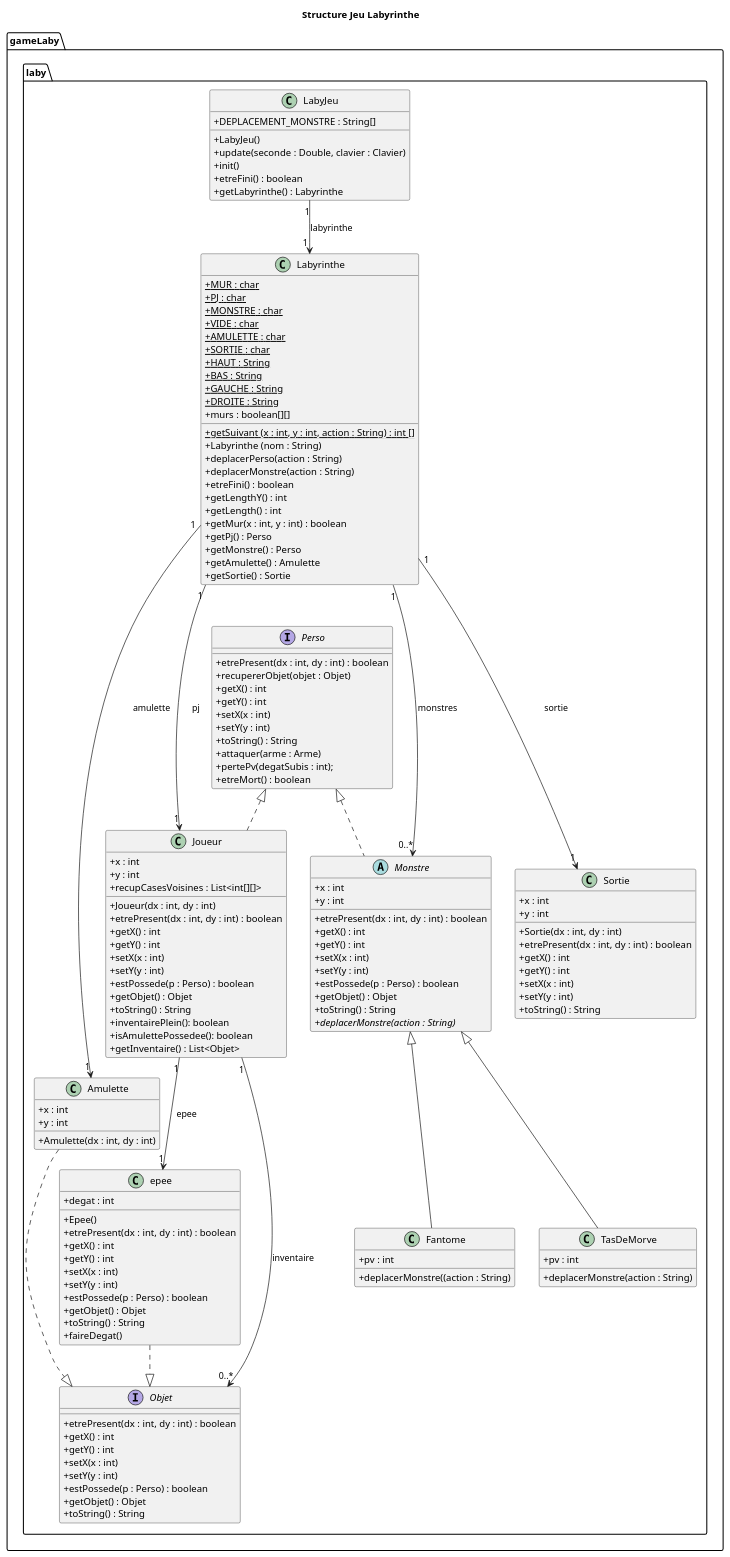
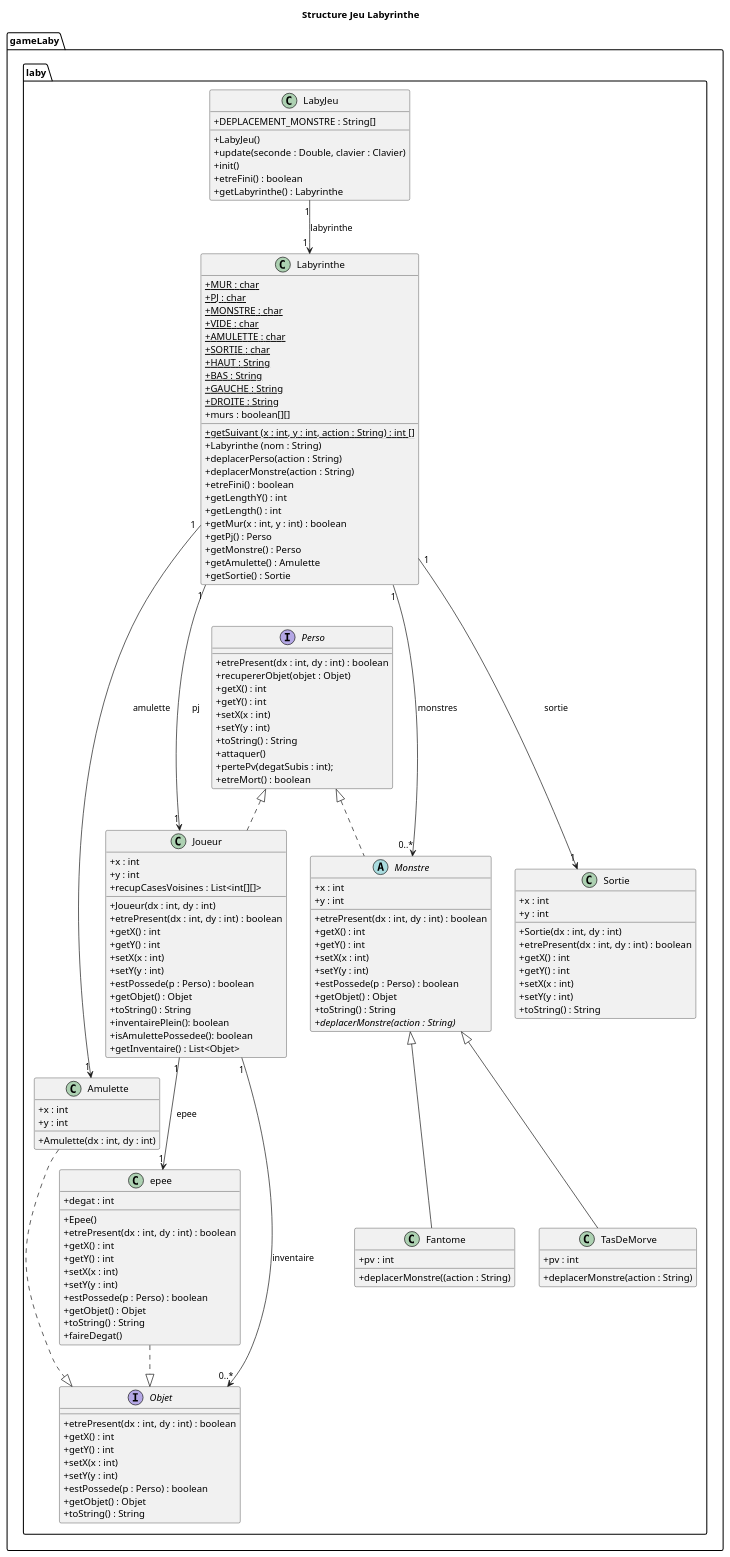
Before and after one commit to TanguyFox/2022_Zeldiablo_renard136u_seiler33u_serrier26u_arcelin1u: the diagram in documents/version_4/diagrammeClasseV4.puml, drawn with PlantUML. The commit also changed 6 other files, not shown here.

```diff
--- a/documents/version_4/diagrammeClasseV4.puml
+++ b/documents/version_4/diagrammeClasseV4.puml
@@ -1,166 +1,166 @@
 @startuml
 'https://plantuml.com/class-diagram
 
 title Structure Jeu Labyrinthe
 
 
 package gameLaby.laby{
 skinparam classAttributeIconSize 0
 class Labyrinthe{
 + {static} MUR : char
 + {static} PJ : char
 + {static} MONSTRE : char
 + {static} VIDE : char
 + {static} AMULETTE : char
 + {static} SORTIE : char
 + {static} HAUT : String
 + {static} BAS : String
 + {static} GAUCHE : String
 + {static} DROITE : String
 + murs : boolean[][]
 + {static} getSuivant (x : int, y : int, action : String) : int []
 + Labyrinthe (nom : String)
 + deplacerPerso(action : String)
 + deplacerMonstre(action : String)
 + etreFini() : boolean
 + getLengthY() : int
 + getLength() : int
 + getMur(x : int, y : int) : boolean
 + getPj() : Perso
 + getMonstre() : Perso
 + getAmulette() : Amulette
 + getSortie() : Sortie
 }
 
 class LabyJeu{
 +DEPLACEMENT_MONSTRE : String[]
 +LabyJeu()
 +update(seconde : Double, clavier : Clavier)
 +init()
 +etreFini() : boolean
 +getLabyrinthe() : Labyrinthe
 }
 
 
 interface Perso{
 + etrePresent(dx : int, dy : int) : boolean
 + recupererObjet(objet : Objet)
 + getX() : int
 + getY() : int
 + setX(x : int)
 + setY(y : int)
 + toString() : String
-+ attaquer(arme : Arme)
++ attaquer()
 + pertePv(degatSubis : int);
 + etreMort() : boolean
 }
 
 class Amulette{
 + x : int
 + y : int
 + Amulette(dx : int, dy : int)
 }
 
 interface Objet{
 + etrePresent(dx : int, dy : int) : boolean
 + getX() : int
 + getY() : int
 + setX(x : int)
 + setY(y : int)
 + estPossede(p : Perso) : boolean
 + getObjet() : Objet
 + toString() : String
 }
 
 class Sortie{
 + x : int
 + y : int
 + Sortie(dx : int, dy : int)
 + etrePresent(dx : int, dy : int) : boolean
 + getX() : int
 + getY() : int
 + setX(x : int)
 + setY(y : int)
 + toString() : String
 }
 class Joueur{
 + x : int
 + y : int
 + Joueur(dx : int, dy : int)
 + etrePresent(dx : int, dy : int) : boolean
 + getX() : int
 + getY() : int
 + setX(x : int)
 + setY(y : int)
 + estPossede(p : Perso) : boolean
 + getObjet() : Objet
 + toString() : String
 + inventairePlein(): boolean
 + isAmulettePossedee(): boolean
 + getInventaire() : List<Objet>
 + recupCasesVoisines : List<int[][]>
 }
 
 abstract Monstre{
 + x : int
 + y : int
 + etrePresent(dx : int, dy : int) : boolean
 + getX() : int
 + getY() : int
 + setX(x : int)
 + setY(y : int)
 + estPossede(p : Perso) : boolean
 + getObjet() : Objet
 + toString() : String
 + {abstract} deplacerMonstre(action : String)
 
 }
 class TasDeMorve{
 + pv : int
 + deplacerMonstre(action : String)
 }
 
 class Fantome{
 + pv : int
 + deplacerMonstre((action : String)
 }
 
 class epee{
 + degat : int
 + Epee()
 + etrePresent(dx : int, dy : int) : boolean
 + getX() : int
 + getY() : int
 + setX(x : int)
 + setY(y : int)
 + estPossede(p : Perso) : boolean
 + getObjet() : Objet
 + toString() : String
 + faireDegat()
 
 }
 }
 
 
 
 
 LabyJeu "1" --> "1 " Labyrinthe : labyrinthe
 Labyrinthe "1" ---> "1" Joueur : pj
 Labyrinthe "1" ---> "1" Sortie : sortie
 Labyrinthe "1" ---> "1" Amulette : amulette
 Labyrinthe "1" ---> "0..*" Monstre : monstres
 Amulette  ..|>  Objet
 Joueur "1"--> "0..*"Objet : inventaire
 Perso  <|..  Joueur
 
 Perso  <|..  Monstre
 Monstre <|-- TasDeMorve
 Monstre <|-- Fantome
 epee ..|> Objet
 Joueur "1" --> "1" epee : "epee"
 
 
 
 
 
 @enduml
```
